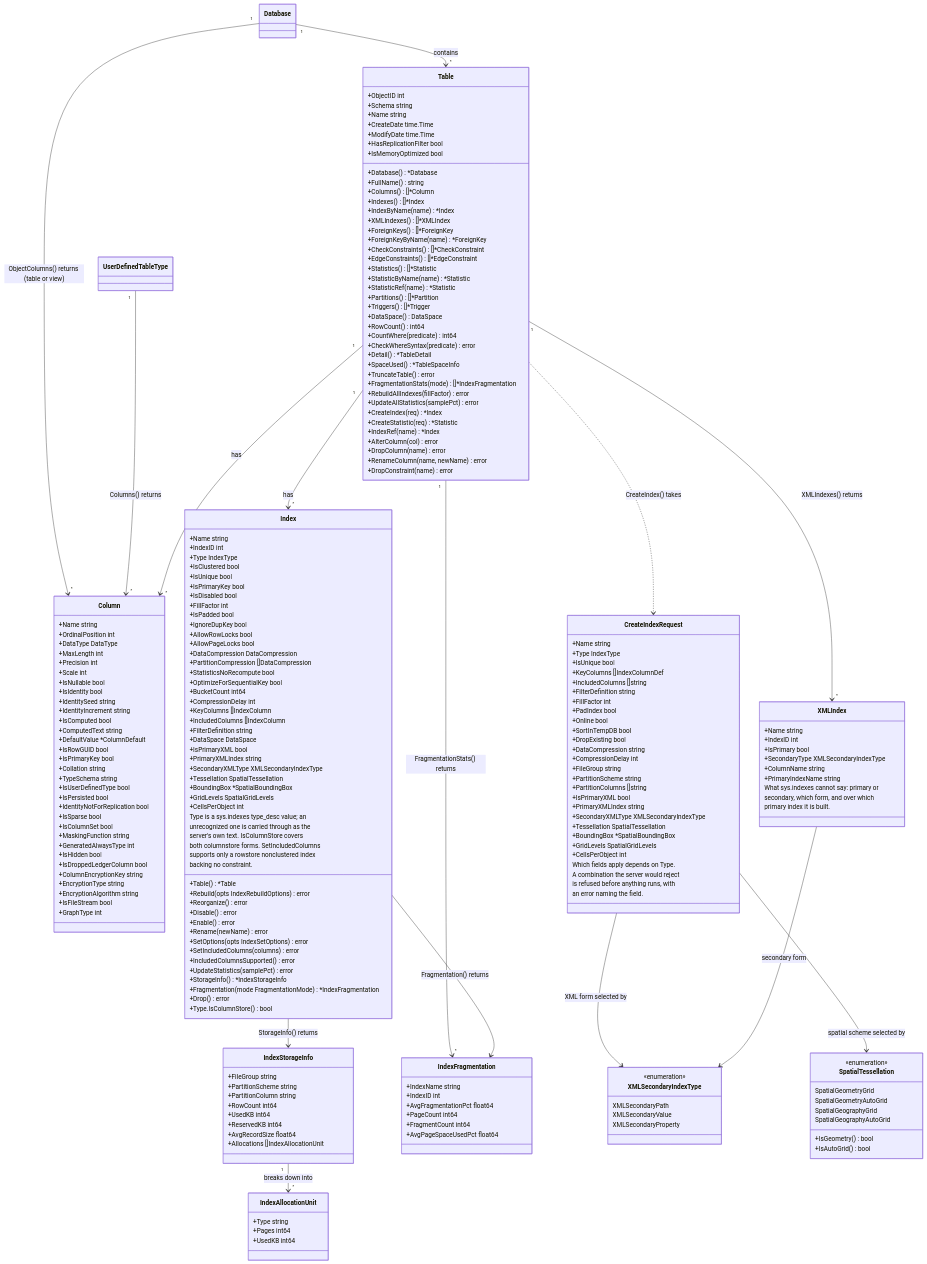
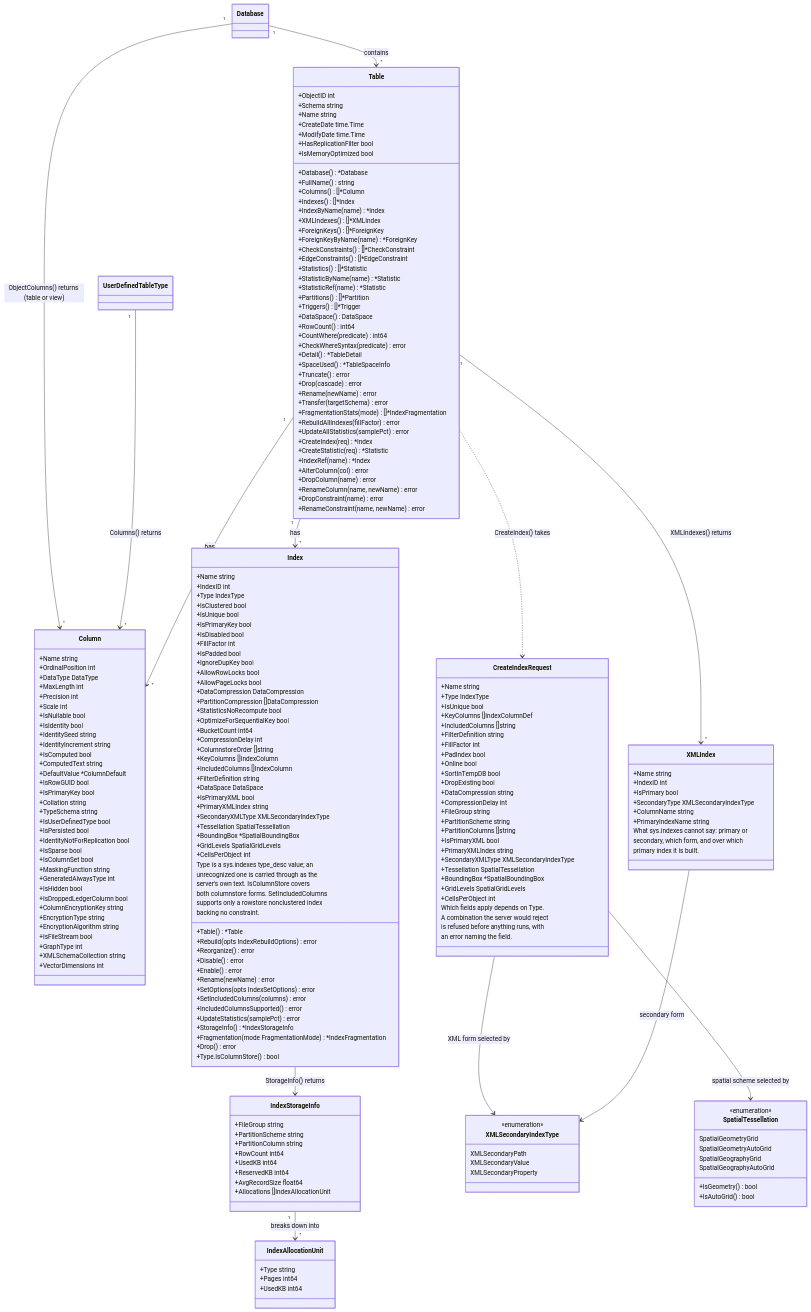
Before and after one commit to radix29/gosmo: the diagram in diagram/10-tables-and-indexes.mmd, drawn with Mermaid. The commit also changed 96 other files, not shown here.

First line of the commit message:
Add support for schema object management and enhance testing

```diff
--- a/diagram/10-tables-and-indexes.mmd
+++ b/diagram/10-tables-and-indexes.mmd
@@ -33,7 +33,10 @@
         +CheckWhereSyntax(predicate) error
         +Detail() *TableDetail
         +SpaceUsed() *TableSpaceInfo
-        +TruncateTable() error
+        +Truncate() error
+        +Drop(cascade) error
+        +Rename(newName) error
+        +Transfer(targetSchema) error
         +FragmentationStats(mode) []*IndexFragmentation
         +RebuildAllIndexes(fillFactor) error
         +UpdateAllStatistics(samplePct) error
@@ -44,6 +47,7 @@
         +DropColumn(name) error
         +RenameColumn(name, newName) error
         +DropConstraint(name) error
+        +RenameConstraint(name, newName) error
     }
 
     class Column {
@@ -78,6 +82,8 @@
         +EncryptionAlgorithm string
         +IsFileStream bool
         +GraphType int
+        +XMLSchemaCollection string
+        +VectorDimensions int
     }
 
     class Index {
@@ -99,6 +105,7 @@
         +OptimizeForSequentialKey bool
         +BucketCount int64
         +CompressionDelay int
+        +ColumnstoreOrder []string
         +KeyColumns []IndexColumn
         +IncludedColumns []IndexColumn
         +FilterDefinition string
@@ -147,15 +154,6 @@
         +Type string
         +Pages int64
         +UsedKB int64
-    }
-
-    class IndexFragmentation {
-        +IndexName string
-        +IndexID int
-        +AvgFragmentationPct float64
-        +PageCount int64
-        +FragmentCount int64
-        +AvgPageSpaceUsedPct float64
     }
 
     class CreateIndexRequest {
@@ -225,12 +223,10 @@
     UserDefinedTableType "1" --> "*" Column : Columns() returns
     Table "1" --> "*" Column : has
     Table "1" --> "*" Index : has
-    Table "1" --> "*" IndexFragmentation : FragmentationStats() returns
     Table "1" --> "*" XMLIndex : XMLIndexes() returns
     Table ..> CreateIndexRequest : CreateIndex() takes
     Index --> IndexStorageInfo : StorageInfo() returns
     IndexStorageInfo "1" --> "*" IndexAllocationUnit : breaks down into
-    Index --> IndexFragmentation : Fragmentation() returns
     CreateIndexRequest --> XMLSecondaryIndexType : XML form selected by
     CreateIndexRequest --> SpatialTessellation : spatial scheme selected by
     XMLIndex --> XMLSecondaryIndexType : secondary form
```
